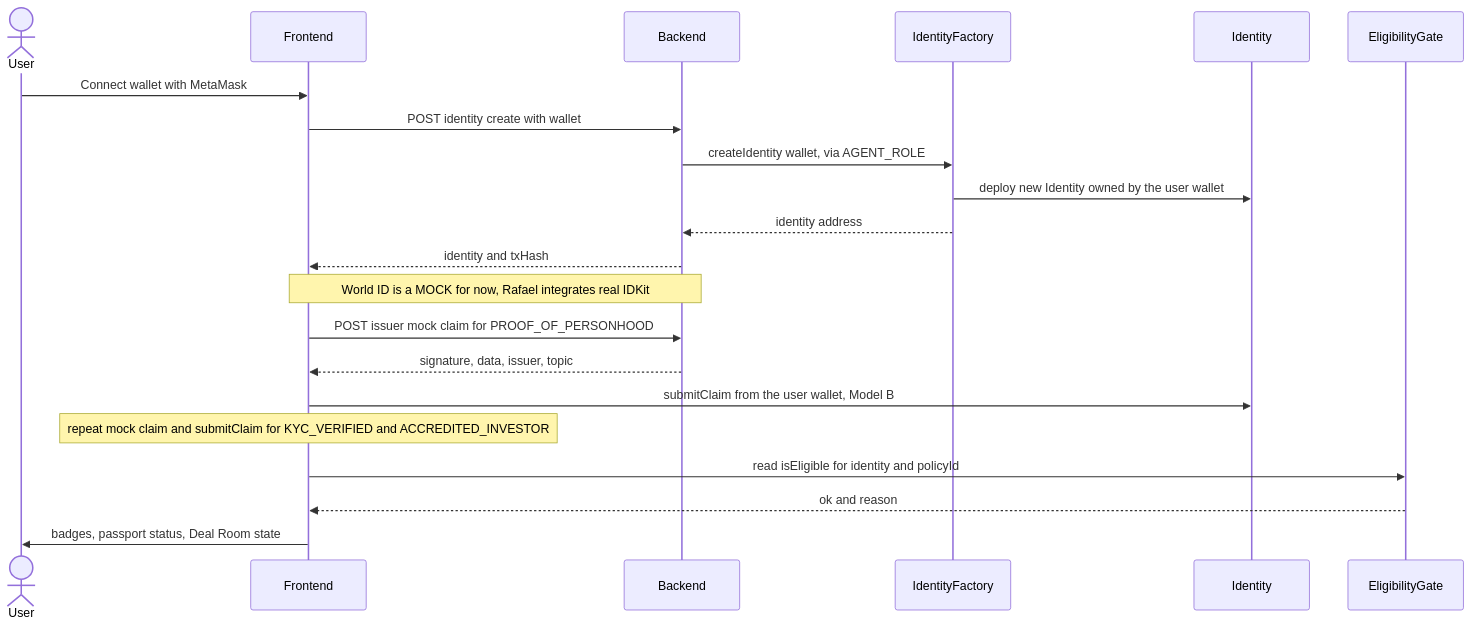
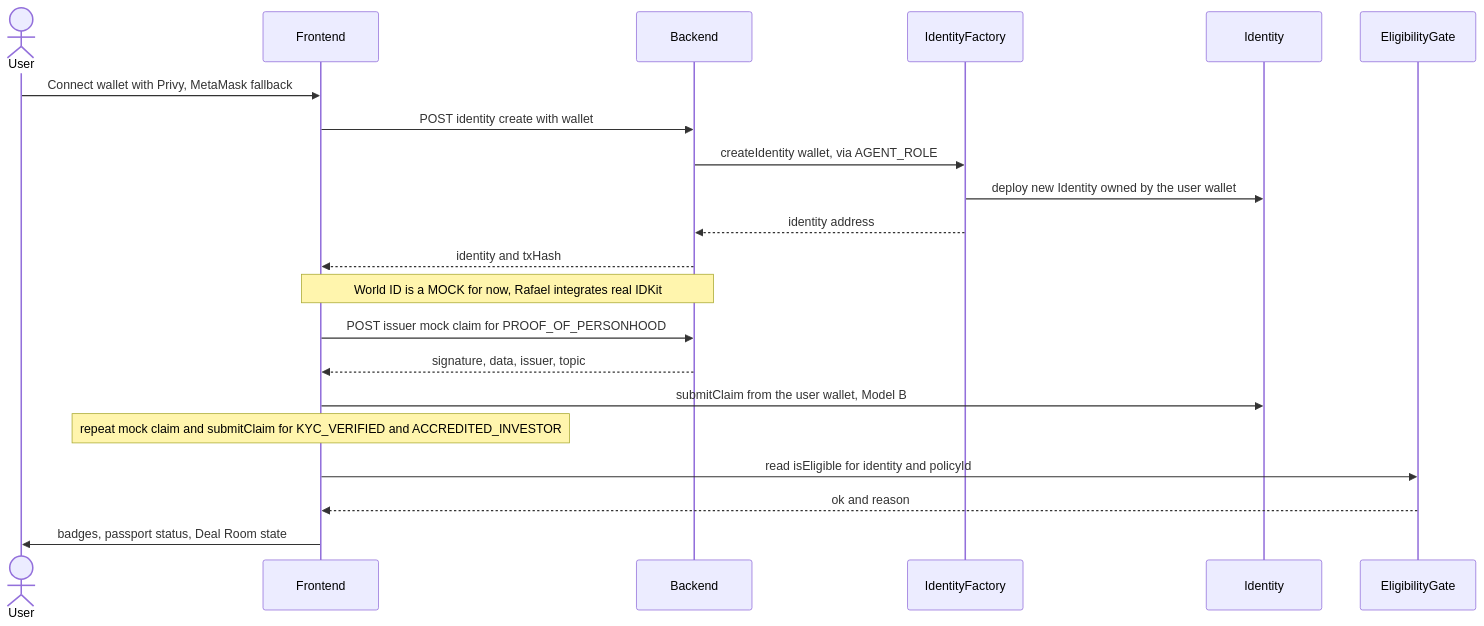
One commit to luizoamorim/passportkit changed the second of 4 diagrams in docs/HANDOFF.md. Above: the diagram before and after it, drawn with Mermaid. The commit also changed other lines of this file and 1 other file, not shown here.

First line of the commit message:
docs: reframe handoff for async start + Privy; add contracts-reference

````diff
--- a/docs/HANDOFF.md
+++ b/docs/HANDOFF.md
@@ -101,26 +102,26 @@
 ```mermaid
 sequenceDiagram
     actor User
     participant FE as Frontend
     participant BE as Backend
     participant FACT as IdentityFactory
     participant ID as Identity
     participant GATE as EligibilityGate
 
-    User->>FE: Connect wallet with MetaMask
+    User->>FE: Connect wallet with Privy, MetaMask fallback
     FE->>BE: POST identity create with wallet
     BE->>FACT: createIdentity wallet, via AGENT_ROLE
     FACT->>ID: deploy new Identity owned by the user wallet
     FACT-->>BE: identity address
     BE-->>FE: identity and txHash
 
     Note over FE,BE: World ID is a MOCK for now, Rafael integrates real IDKit
     FE->>BE: POST issuer mock claim for PROOF_OF_PERSONHOOD
     BE-->>FE: signature, data, issuer, topic
     FE->>ID: submitClaim from the user wallet, Model B
 
     Note over FE: repeat mock claim and submitClaim for KYC_VERIFIED and ACCREDITED_INVESTOR
     FE->>GATE: read isEligible for identity and policyId
     GATE-->>FE: ok and reason
     FE->>User: badges, passport status, Deal Room state
 ```
````
